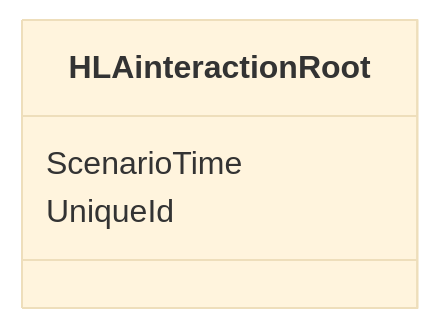
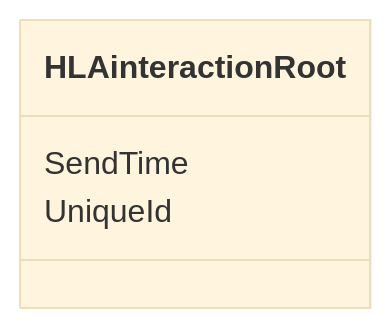
Before and after one commit to AMSP-04/NETN-BASE: the second of 2 diagrams in NETN-BASE.md, drawn with Mermaid (base theme). The commit also changed other lines of this file and 2 other files, not shown here.

First line of the commit message:
CreateTime and SendTime

````diff
--- a/NETN-BASE.md
+++ b/NETN-BASE.md
@@ -58,6 +58,6 @@
 ```mermaid
 classDiagram 
 direction LR
-HLAinteractionRoot : ScenarioTime
+HLAinteractionRoot : SendTime
 HLAinteractionRoot : UniqueId
 ```
````
